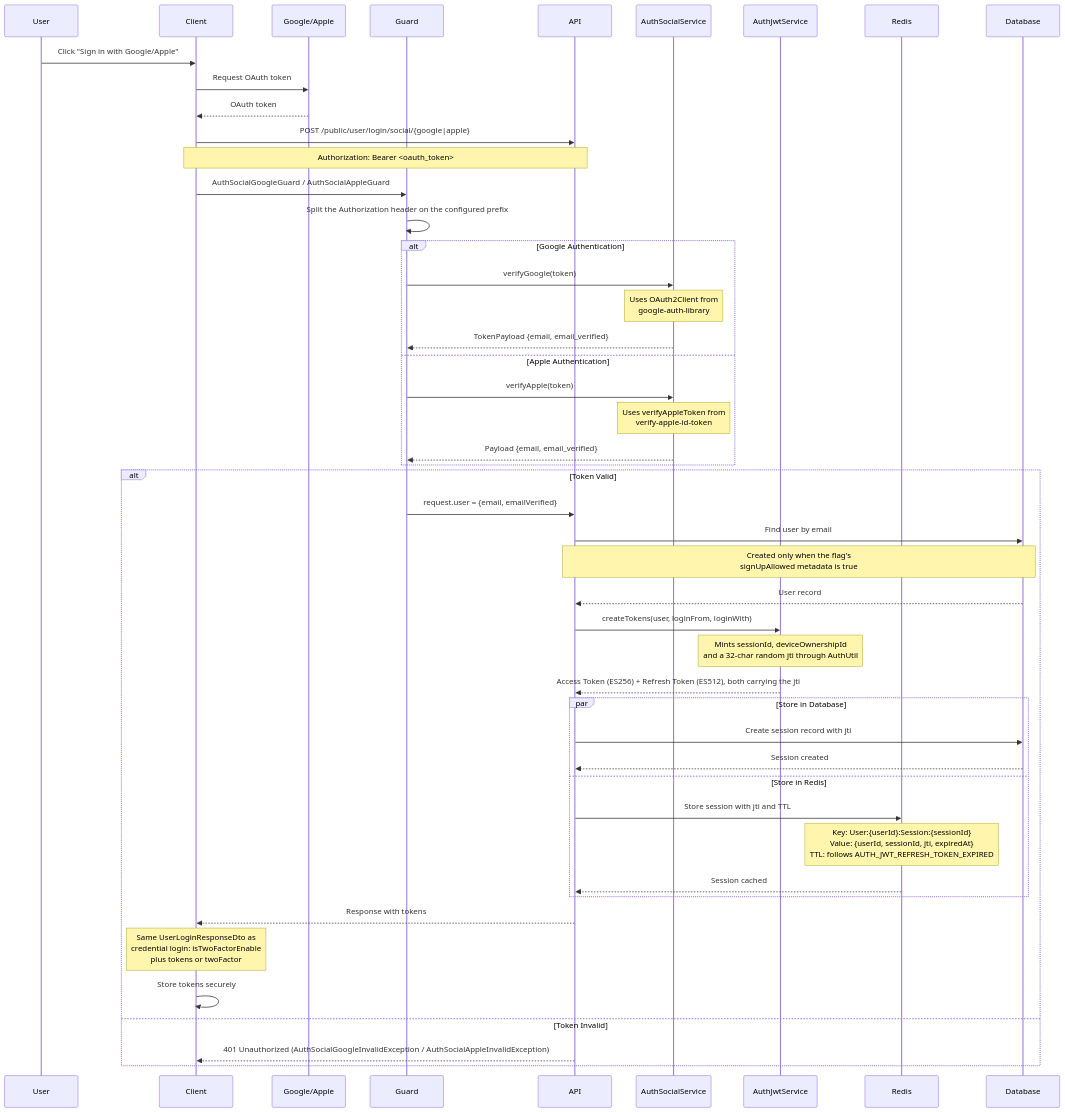
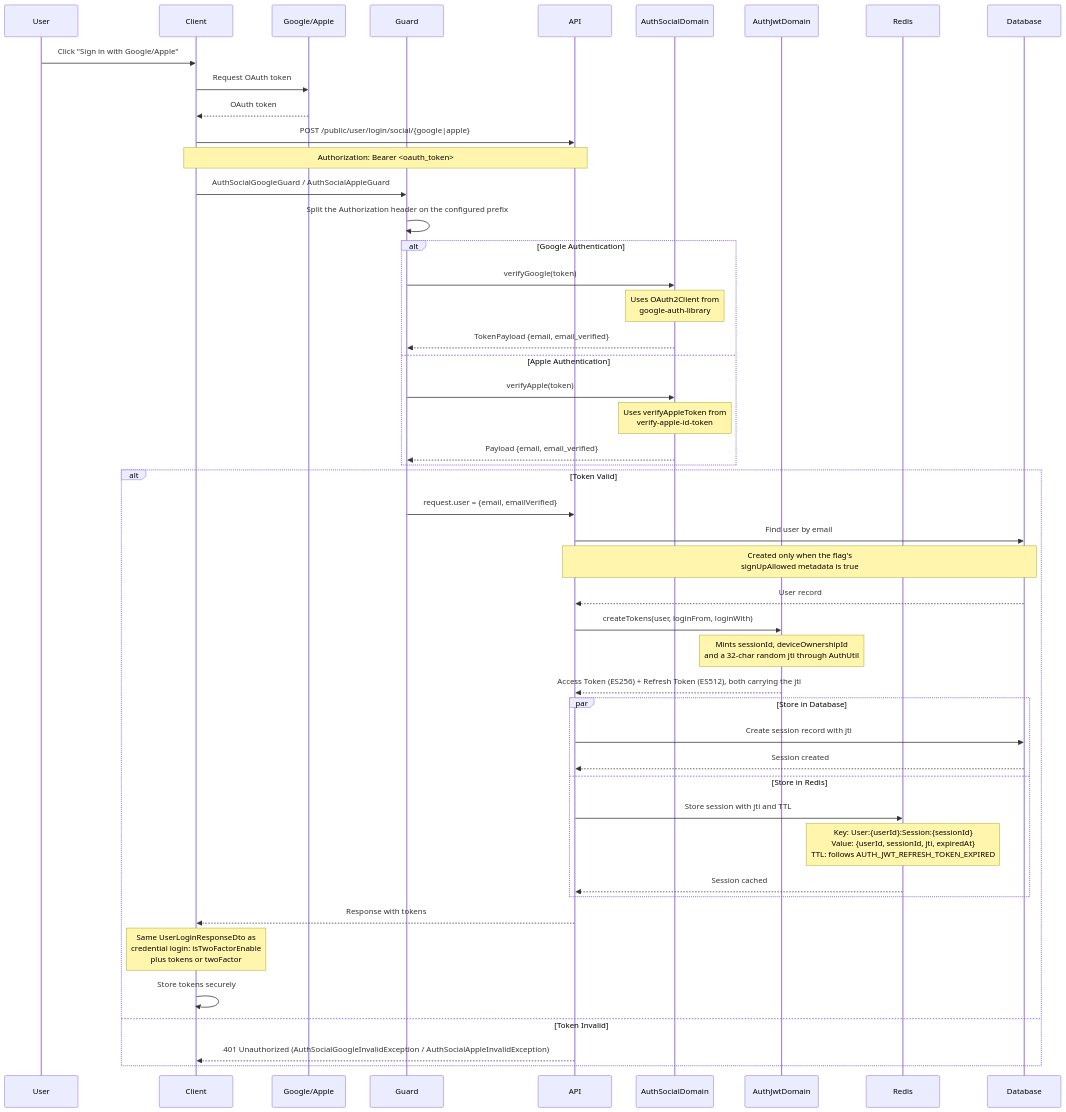
The fifth of 9 diagrams in docs/authentication.md (andrechristikan/ack-nestjs-boilerplate), drawn with Mermaid before and after one commit. The commit also changed other lines of this file and 45 other files, not shown here.

````diff
--- a/docs/authentication.md
+++ b/docs/authentication.md
@@ -600,60 +600,60 @@
 ```mermaid
 sequenceDiagram
     participant User
     participant Client
     participant GoogleApple as Google/Apple
     participant Guard
     participant API
-    participant AuthSocialService
-    participant AuthJwtService
+    participant AuthSocialDomain
+    participant AuthJwtDomain
     participant Redis
     participant Database
 
     User->>Client: Click "Sign in with Google/Apple"
     Client->>GoogleApple: Request OAuth token
     GoogleApple-->>Client: OAuth token
     
     Client->>API: POST /public/user/login/social/{google|apple}
     Note over Client,API: Authorization: Bearer <oauth_token>
     
     Client->>Guard: AuthSocialGoogleGuard / AuthSocialAppleGuard
     Guard->>Guard: Split the Authorization header on the configured prefix
     
     alt Google Authentication
-        Guard->>AuthSocialService: verifyGoogle(token)
-        Note over AuthSocialService: Uses OAuth2Client from<br/>google-auth-library
-        AuthSocialService-->>Guard: TokenPayload {email, email_verified}
+        Guard->>AuthSocialDomain: verifyGoogle(token)
+        Note over AuthSocialDomain: Uses OAuth2Client from<br/>google-auth-library
+        AuthSocialDomain-->>Guard: TokenPayload {email, email_verified}
     else Apple Authentication
-        Guard->>AuthSocialService: verifyApple(token)
-        Note over AuthSocialService: Uses verifyAppleToken from<br/>verify-apple-id-token
-        AuthSocialService-->>Guard: Payload {email, email_verified}
+        Guard->>AuthSocialDomain: verifyApple(token)
+        Note over AuthSocialDomain: Uses verifyAppleToken from<br/>verify-apple-id-token
+        AuthSocialDomain-->>Guard: Payload {email, email_verified}
     end
     
     alt Token Valid
         Guard->>API: request.user = {email, emailVerified}
         API->>Database: Find user by email
         Note over API,Database: Created only when the flag's<br/>signUpAllowed metadata is true
         Database-->>API: User record
         
-        API->>AuthJwtService: createTokens(user, loginFrom, loginWith)
-        Note over AuthJwtService: Mints sessionId, deviceOwnershipId<br/>and a 32-char random jti through AuthUtil
-        AuthJwtService-->>API: Access Token (ES256) + Refresh Token (ES512), both carrying the jti
+        API->>AuthJwtDomain: createTokens(user, loginFrom, loginWith)
+        Note over AuthJwtDomain: Mints sessionId, deviceOwnershipId<br/>and a 32-char random jti through AuthUtil
+        AuthJwtDomain-->>API: Access Token (ES256) + Refresh Token (ES512), both carrying the jti
         
         par Store in Database
             API->>Database: Create session record with jti
             Database-->>API: Session created
         and Store in Redis
             API->>Redis: Store session with jti and TTL
             Note over Redis: Key: User:{userId}:Session:{sessionId}<br/>Value: {userId, sessionId, jti, expiredAt}<br/>TTL: follows AUTH_JWT_REFRESH_TOKEN_EXPIRED
             Redis-->>API: Session cached
         end
         
         API-->>Client: Response with tokens
         Note over Client: Same UserLoginResponseDto as<br/>credential login: isTwoFactorEnable<br/>plus tokens or twoFactor
         
         Client->>Client: Store tokens securely
         
     else Token Invalid
         API-->>Client: 401 Unauthorized (AuthSocialGoogleInvalidException / AuthSocialAppleInvalidException)
     end
 ```
````
